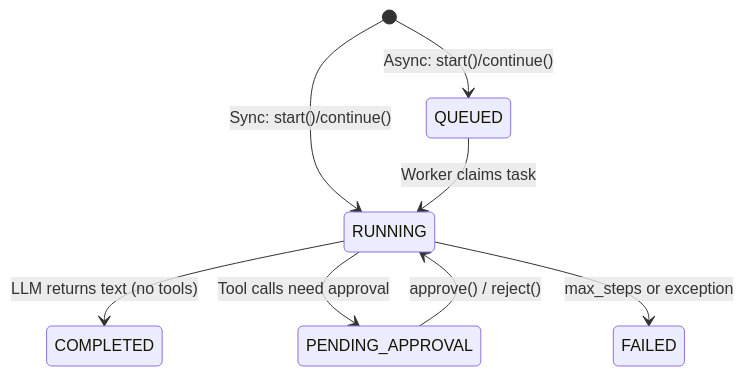
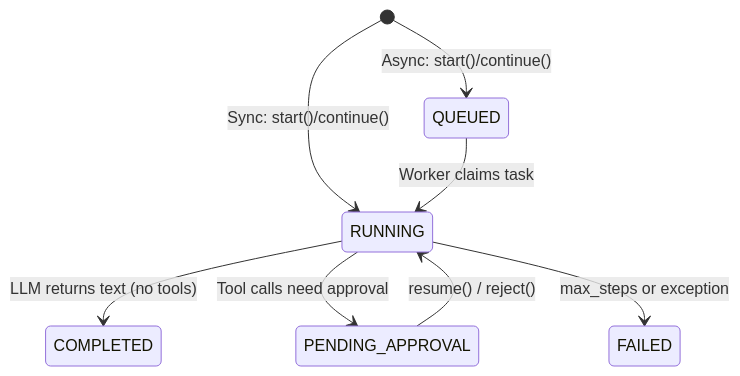
The diagram in docs/11_agent_loop_async.md (spora-ai/spora-core), drawn with Mermaid before and after one commit. The commit also changed other lines of this file and 48 other files, not shown here.

````diff
--- a/docs/11_agent_loop_async.md
+++ b/docs/11_agent_loop_async.md
@@ -48,15 +48,15 @@
 ```mermaid
 stateDiagram-v2
     [*] --> QUEUED : Async: start()/continue()
     [*] --> RUNNING : Sync: start()/continue()
 
     QUEUED --> RUNNING : Worker claims task
 
     RUNNING --> COMPLETED : LLM returns text (no tools)
 
     RUNNING --> PENDING_APPROVAL : Tool calls need approval
 
-    PENDING_APPROVAL --> RUNNING : approve() / reject()
+    PENDING_APPROVAL --> RUNNING : resume() / reject()
 
     RUNNING --> FAILED : max_steps or exception
 ```
````
